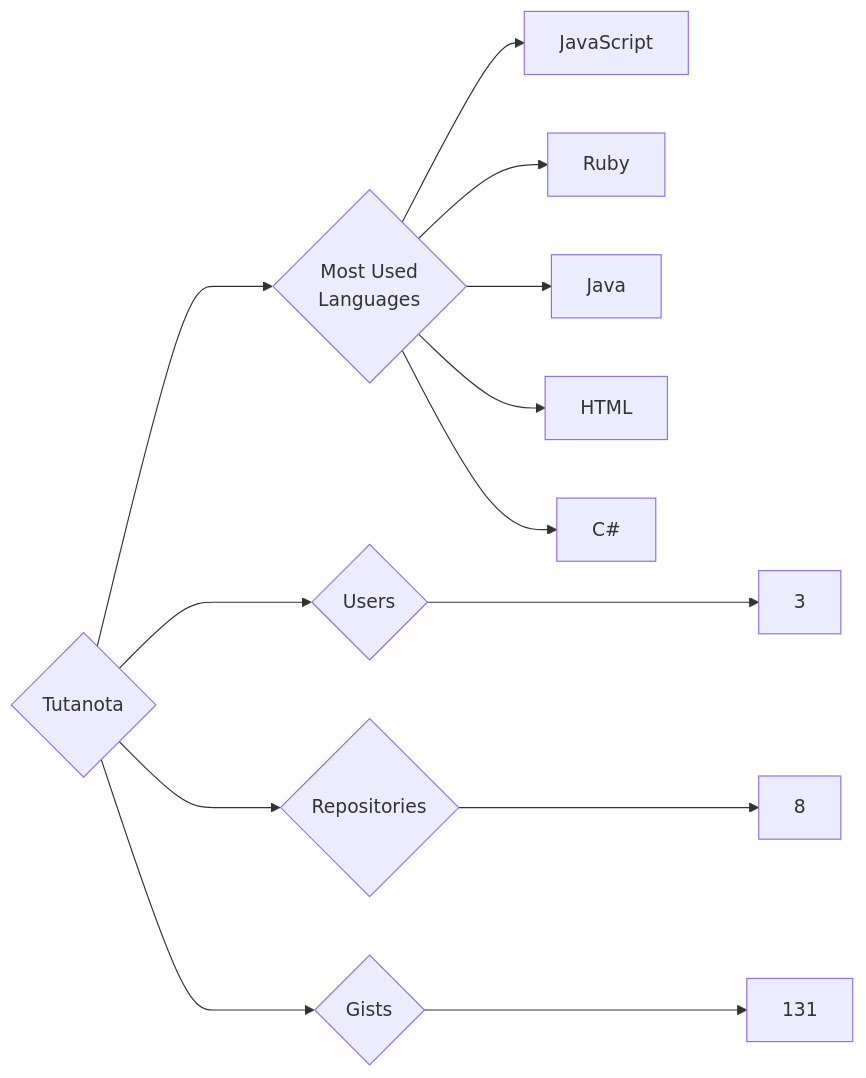
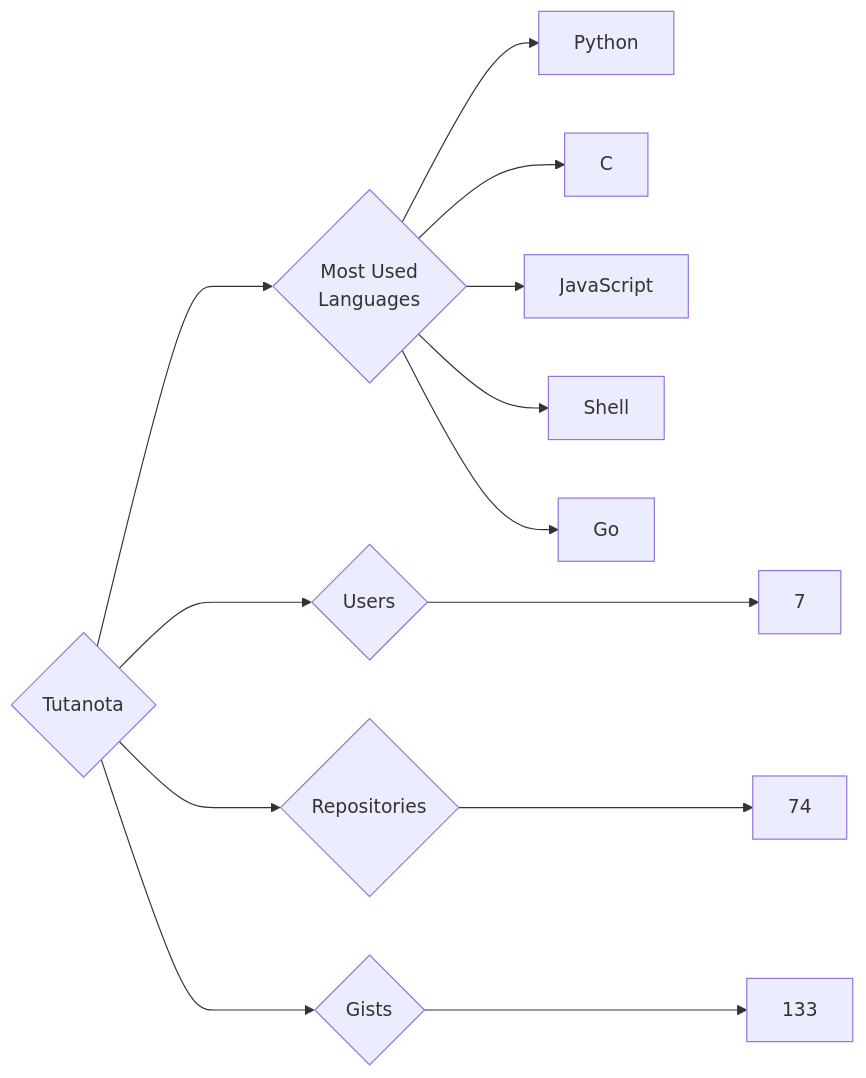
One commit to trickest/insiders changed the diagram in targets/Tutanota/README.md. Above: the diagram before and after it, drawn with Mermaid. The commit also changed 1496 other files, not shown here.

````diff
--- a/targets/Tutanota/README.md
+++ b/targets/Tutanota/README.md
@@ -3,13 +3,13 @@
 ```mermaid
 graph LR
 COMPANY_NAME{Tutanota}
-COMPANY_NAME ---> U{Users} ---> UN[3]
-COMPANY_NAME ---> R{Repositories} ---> RN[8]
-COMPANY_NAME ---> G{Gists} ---> GN[131]
+COMPANY_NAME ---> U{Users} ---> UN[7]
+COMPANY_NAME ---> R{Repositories} ---> RN[74]
+COMPANY_NAME ---> G{Gists} ---> GN[133]
 COMPANY_NAME ---> ML{Most Used<br>Languages}
+ML --> Python[Python]
+ML --> C[C]
 ML --> JavaScript[JavaScript]
-ML --> Ruby[Ruby]
-ML --> Java[Java]
-ML --> HTML[HTML]
-ML --> C#[C#]
+ML --> Shell[Shell]
+ML --> Go[Go]
 ```
````
